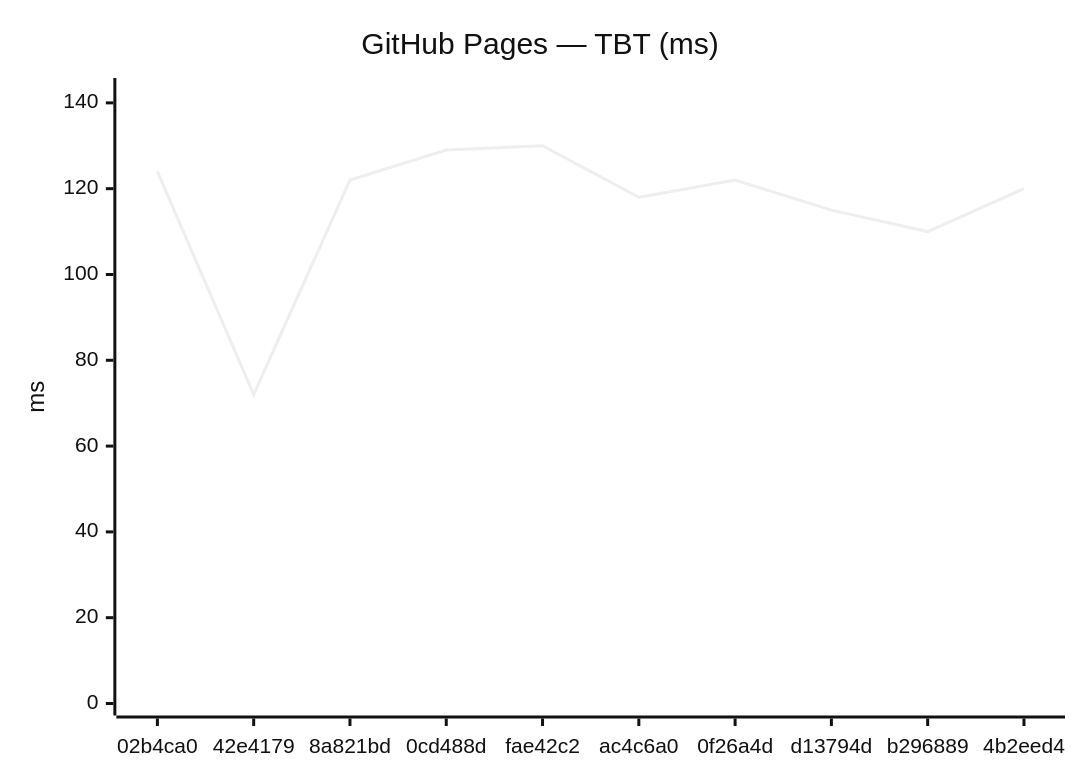
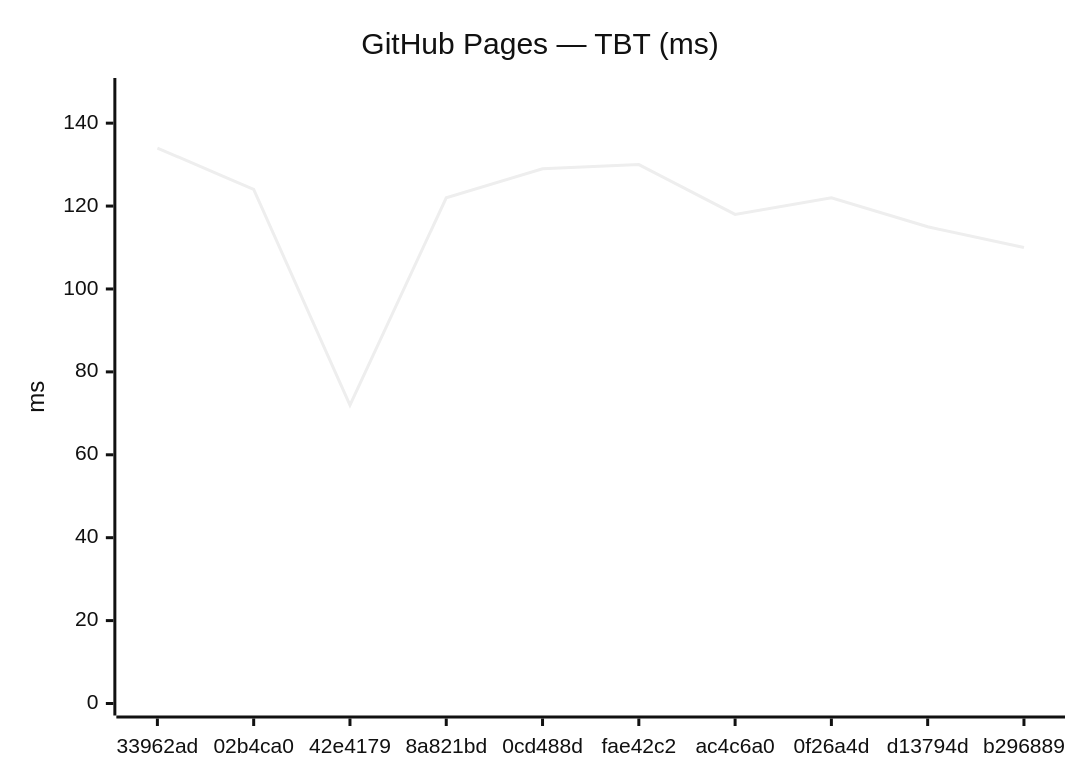
One commit to Metaheurist/Rianell changed the fourth of 18 diagrams in benchmarks/compare.md. Above: the diagram before and after it, drawn with Mermaid (neutral theme). The commit also changed other lines of this file and 11 other files, not shown here.

````diff
--- a/benchmarks/compare.md
+++ b/benchmarks/compare.md
@@ -61,7 +61,7 @@
 ```mermaid
 xychart-beta
     title "GitHub Pages — TBT (ms)"
-    x-axis ["02b4ca0", "42e4179", "8a821bd", "0cd488d", "fae42c2", "ac4c6a0", "0f26a4d", "d13794d", "b296889", "4b2eed4"]
-    y-axis "ms" 0 --> 143
-    line [124, 72, 122, 129, 130, 118, 122, 115, 110, 120]
+    x-axis ["33962ad", "02b4ca0", "42e4179", "8a821bd", "0cd488d", "fae42c2", "ac4c6a0", "0f26a4d", "d13794d", "b296889"]
+    y-axis "ms" 0 --> 148
+    line [134, 124, 72, 122, 129, 130, 118, 122, 115, 110]
 ```
````
